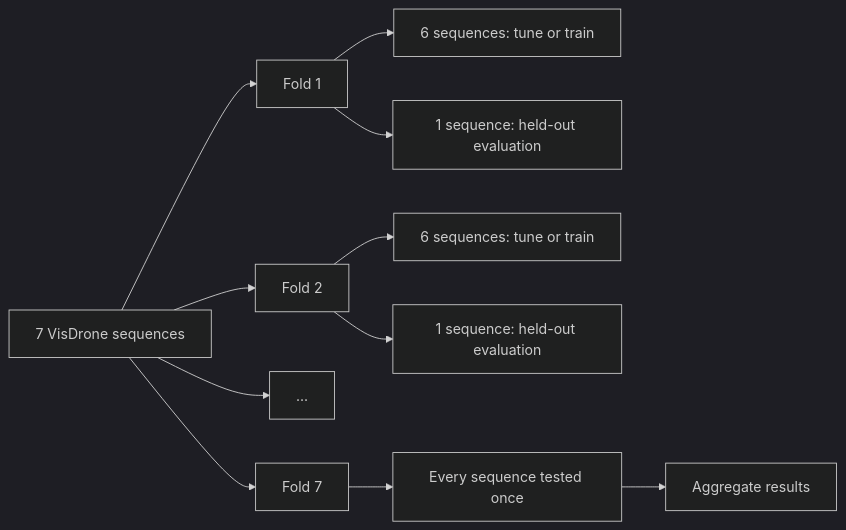
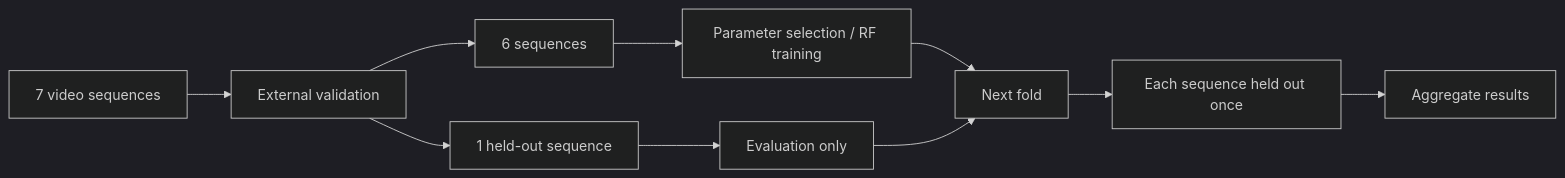
The fourth of 6 diagrams in README.md (lebedeffson/Defense4UAVSwarm), drawn with Mermaid (dark theme) before and after one commit. The commit also changed other lines of this file and 5 other files, not shown here.

````diff
--- a/README.md
+++ b/README.md
@@ -112,13 +116,12 @@
 ```mermaid
 flowchart LR
-    A[7 VisDrone sequences] --> B[Fold 1]
-    A --> C[Fold 2]
-    A --> D[...]
-    A --> E[Fold 7]
-    B --> F[6 sequences: tune or train]
-    B --> G[1 sequence: held-out evaluation]
-    C --> H[6 sequences: tune or train]
-    C --> I[1 sequence: held-out evaluation]
-    E --> J[Every sequence tested once]
-    J --> K[Aggregate results]
+    A[7 video sequences] --> B[External validation]
+    B --> C[6 sequences]
+    B --> D[1 held-out sequence]
+    C --> E[Parameter selection / RF training]
+    D --> F[Evaluation only]
+    E --> G[Next fold]
+    F --> G
+    G --> H[Each sequence held out once]
+    H --> I[Aggregate results]
 ```
````
